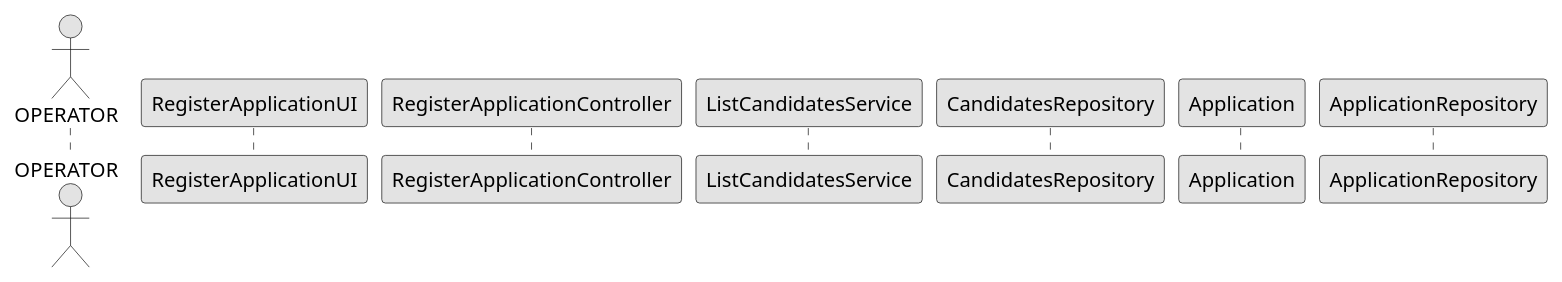
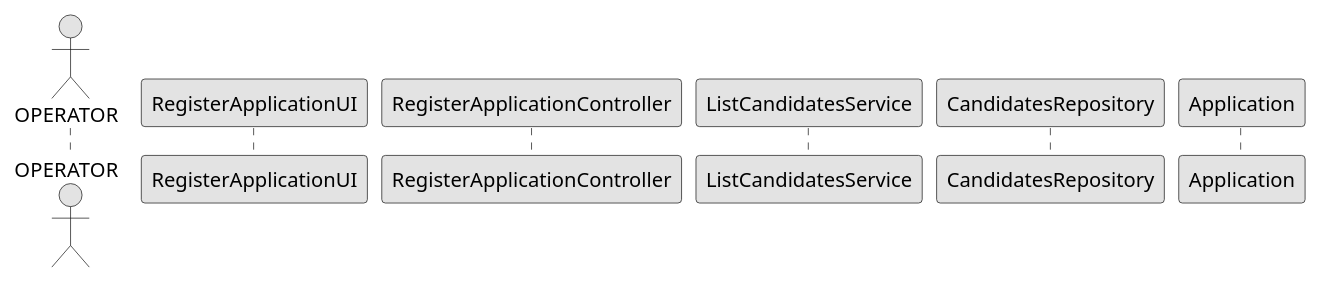
One commit to Goncalves2525/Jobs4U-Talent-Acquisition-Management-System changed the diagram in docs/Sprint B/us_2002/sequence-diagram.puml. Above: the diagram before and after it, drawn with PlantUML. The commit also changed 4 other files, not shown here.

```diff
--- a/docs/Sprint B/us_2002/sequence-diagram.puml
+++ b/docs/Sprint B/us_2002/sequence-diagram.puml
@@ -1,26 +1,25 @@
 @startuml
 skinparam monochrome true
 skinparam packageStyle rectangle
 skinparam shadowing false
 
 autonumber
 
 'hide footbox
 actor "OPERATOR" as OP
 participant "RegisterApplicationUI" as UI
 participant "RegisterApplicationController" as CTRL
 participant "ListCandidatesService" as LISVC
 participant "CandidatesRepository" as CREPO
 participant "Application" as APP
-participant "ApplicationRepository" as APPREPO
 
 
 
 
 
 
 
 
 
 
 @enduml
```
